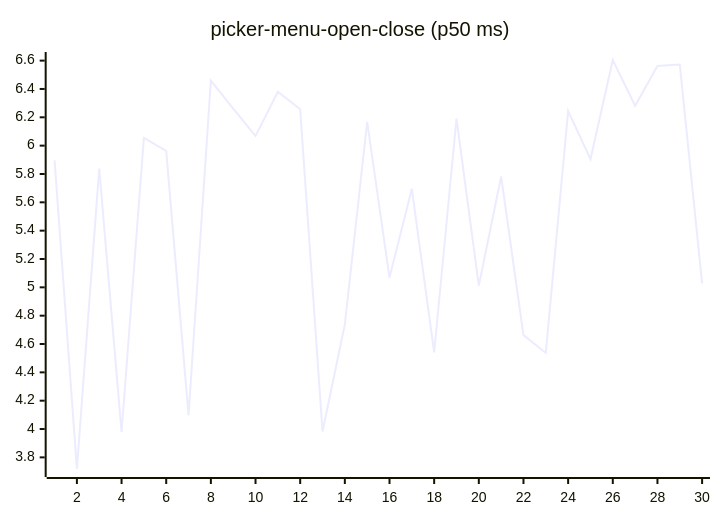
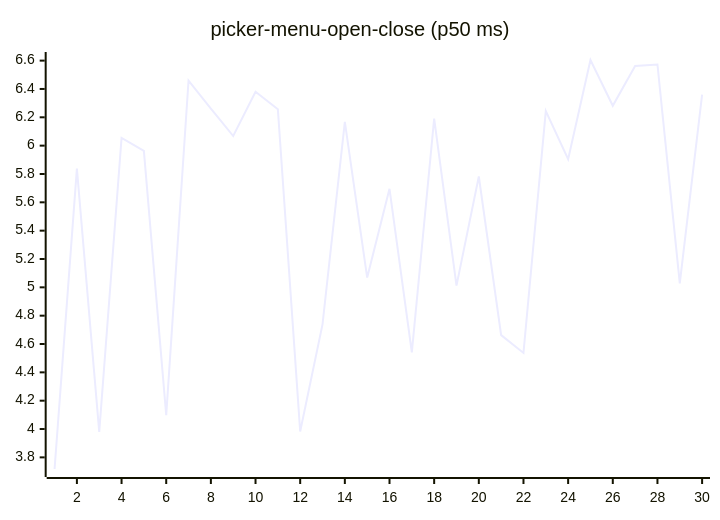
One commit to josha/Facet changed diagram 16 of 27 in README.md. Above: the diagram before and after it, drawn with Mermaid. The commit also changed other lines of this file and 2 other files, not shown here.

````diff
--- a/README.md
+++ b/README.md
@@ -168,6 +168,6 @@
 ```mermaid
 xychart-beta
     title "picker-menu-open-close (p50 ms)"
     x-axis 1 --> 30
-    line [5.8960, 3.7179, 5.8378, 3.9788, 6.0543, 5.9629, 4.0972, 6.4594, 6.2618, 6.0678, 6.3801, 6.2569, 3.9826, 4.7388, 6.1676, 5.0690, 5.6954, 4.5402, 6.1912, 5.0120, 5.7822, 4.6627, 4.5372, 6.2442, 5.9038, 6.6044, 6.2815, 6.5623, 6.5728, 5.0278]
+    line [3.7179, 5.8378, 3.9788, 6.0543, 5.9629, 4.0972, 6.4594, 6.2618, 6.0678, 6.3801, 6.2569, 3.9826, 4.7388, 6.1676, 5.0690, 5.6954, 4.5402, 6.1912, 5.0120, 5.7822, 4.6627, 4.5372, 6.2442, 5.9038, 6.6044, 6.2815, 6.5623, 6.5728, 5.0278, 6.3599]
 ```
````
